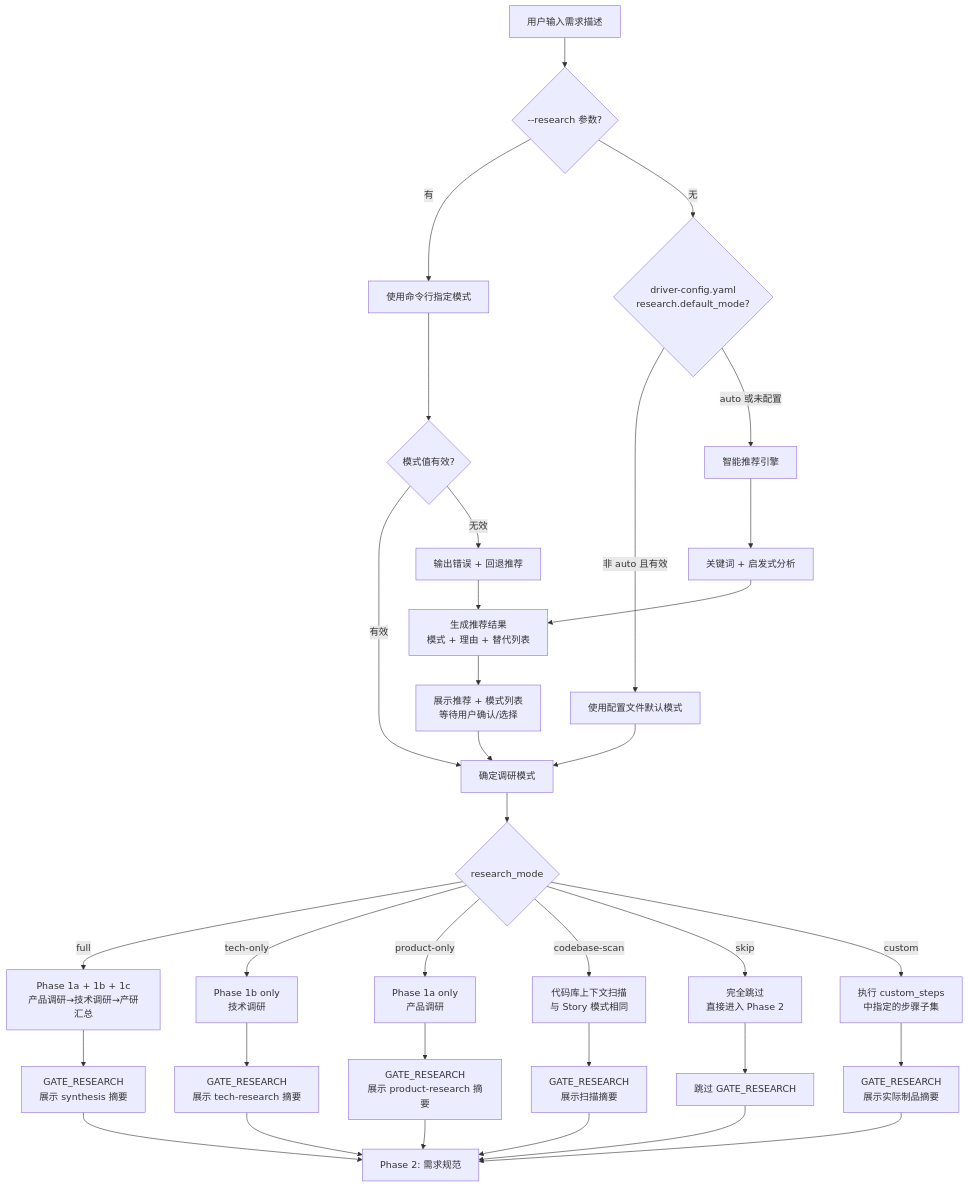
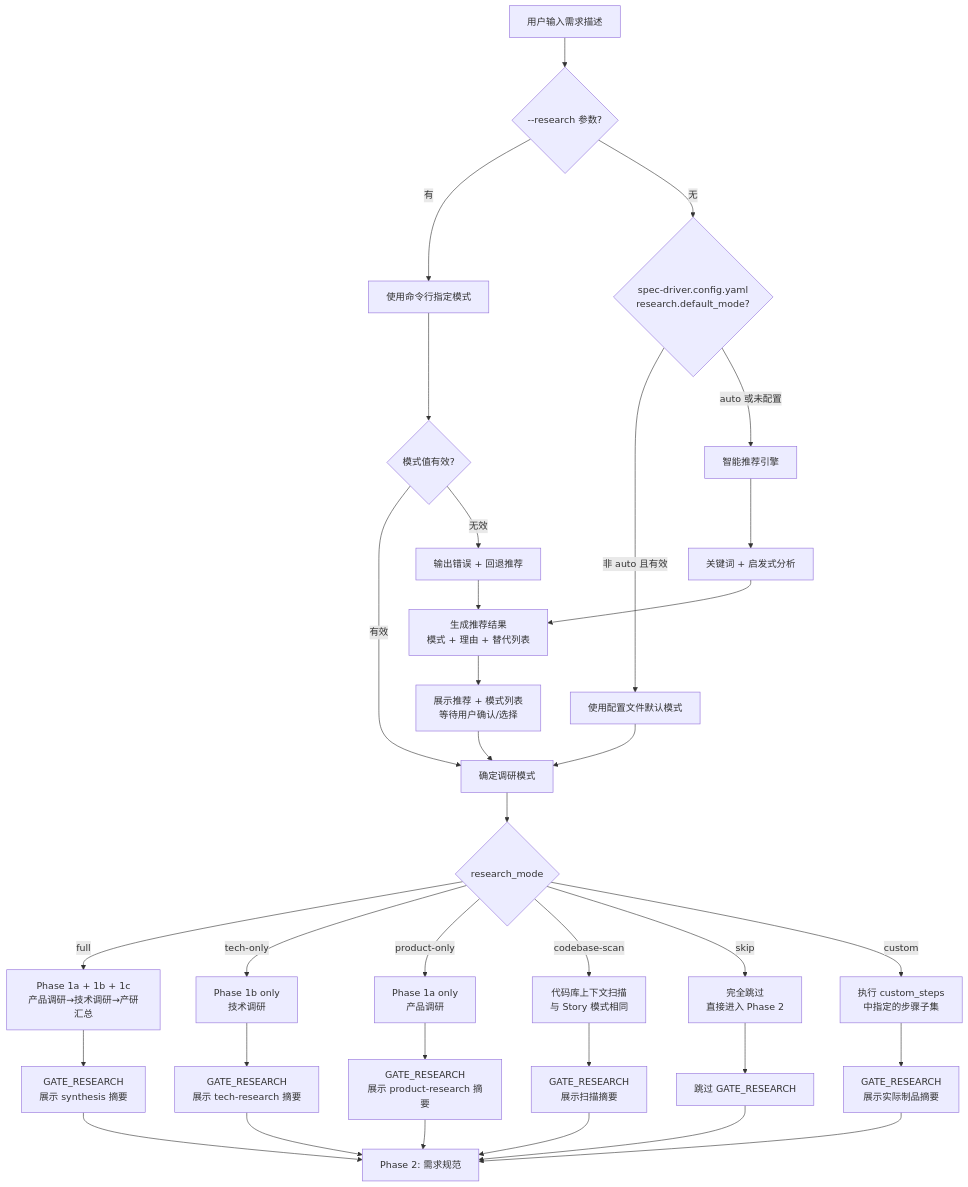
Before and after one commit to connor-git-yaml/cc-plugin-market: the first of 2 diagrams in specs/018-flexible-research-routing/plan.md, drawn with Mermaid. The commit also changed other lines of this file and 53 other files, not shown here.

First line of the commit message:
feat(spec-driver)!: rename config to spec-driver.config.yaml

````diff
--- a/specs/018-flexible-research-routing/plan.md
+++ b/specs/018-flexible-research-routing/plan.md
@@ -63,42 +63,42 @@
 ```mermaid
 flowchart TD
     A[用户输入需求描述] --> B{--research 参数?}
     B -->|有| C[使用命令行指定模式]
-    B -->|无| D{driver-config.yaml<br/>research.default_mode?}
+    B -->|无| D{spec-driver.config.yaml<br/>research.default_mode?}
     D -->|非 auto 且有效| E[使用配置文件默认模式]
     D -->|auto 或未配置| F[智能推荐引擎]
 
     F --> G[关键词 + 启发式分析]
     G --> H[生成推荐结果<br/>模式 + 理由 + 替代列表]
 
     C --> I{模式值有效?}
     I -->|有效| J[确定调研模式]
     I -->|无效| K[输出错误 + 回退推荐]
     K --> H
 
     E --> J
     H --> L[展示推荐 + 模式列表<br/>等待用户确认/选择]
     L --> J
 
     J --> M{research_mode}
     M -->|full| N[Phase 1a + 1b + 1c<br/>产品调研→技术调研→产研汇总]
     M -->|tech-only| O[Phase 1b only<br/>技术调研]
     M -->|product-only| P[Phase 1a only<br/>产品调研]
     M -->|codebase-scan| Q[代码库上下文扫描<br/>与 Story 模式相同]
     M -->|skip| R[完全跳过<br/>直接进入 Phase 2]
     M -->|custom| S[执行 custom_steps<br/>中指定的步骤子集]
 
     N --> T[GATE_RESEARCH<br/>展示 synthesis 摘要]
     O --> U[GATE_RESEARCH<br/>展示 tech-research 摘要]
     P --> V[GATE_RESEARCH<br/>展示 product-research 摘要]
     Q --> W[GATE_RESEARCH<br/>展示扫描摘要]
     R --> X[跳过 GATE_RESEARCH]
     S --> Y[GATE_RESEARCH<br/>展示实际制品摘要]
 
     T --> Z[Phase 2: 需求规范]
     U --> Z
     V --> Z
     W --> Z
     X --> Z
     Y --> Z
 ```
````
